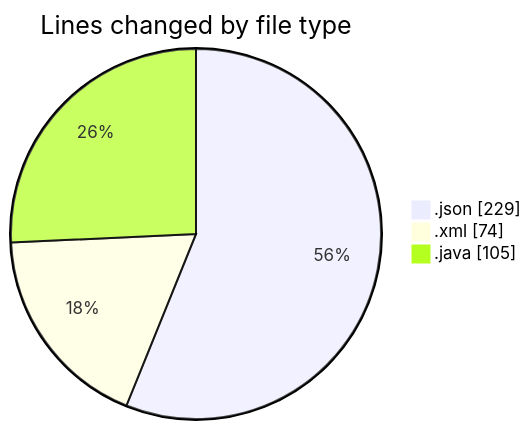
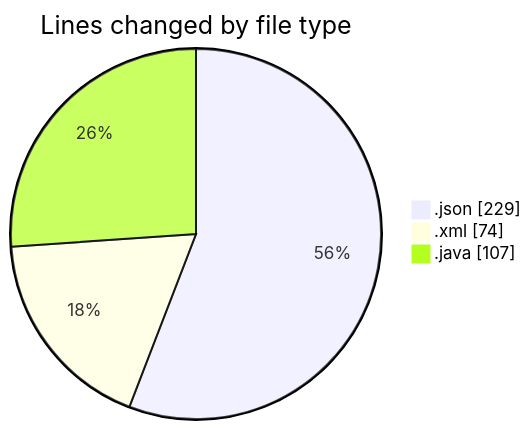
Before and after one commit to idhammustaqopulfikri/code-tracking: the first of 2 diagrams in 2025-03-15/sms/README.md, drawn with Mermaid. The commit also changed other lines of this file and 1 other file, not shown here.

````diff
--- a/2025-03-15/sms/README.md
+++ b/2025-03-15/sms/README.md
@@ -23,7 +24,7 @@
 ```mermaid
 pie showData
 title Lines changed by file type
 ".json" : 229
 ".xml" : 74
-".java" : 105
+".java" : 107
 ```
````
